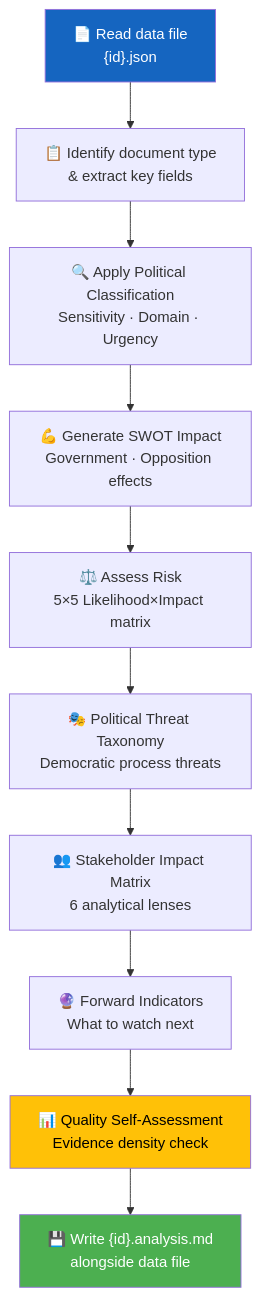
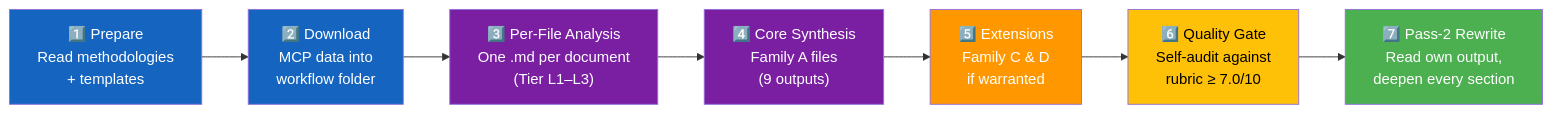
Before and after one commit to Hack23/riksdagsmonitor: the first of 4 diagrams in analysis/methodologies/ai-driven-analysis-guide.md, drawn with Mermaid. The commit also changed other lines of this file and 17 other files, not shown here.

First line of the commit message:
Extend analysis templates + simplify AI guide: Family A–E catalog, 14 new templates, positive-voice methodology README

````diff
--- a/analysis/methodologies/ai-driven-analysis-guide.md
+++ b/analysis/methodologies/ai-driven-analysis-guide.md
@@ -367,16 +37,17 @@
 ```mermaid
-flowchart TD
-    A["📄 Read data file<br/>{id}.json"] --> B["📋 Identify document type<br/>& extract key fields"]
-    B --> C["🔍 Apply Political Classification<br/>Sensitivity · Domain · Urgency"]
-    C --> D["💪 Generate SWOT Impact<br/>Government · Opposition effects"]
-    D --> E["⚖️ Assess Risk<br/>5×5 Likelihood×Impact matrix"]
-    E --> F["🎭 Political Threat Taxonomy<br/>Democratic process threats"]
-    F --> G["👥 Stakeholder Impact Matrix<br/>6 analytical lenses"]
-    G --> H["🔮 Forward Indicators<br/>What to watch next"]
-    H --> I["📊 Quality Self-Assessment<br/>Evidence density check"]
-    I --> J["💾 Write {id}.analysis.md<br/>alongside data file"]
-    
-    style A fill:#1565C0,color:#FFFFFF
-    style J fill:#4CAF50,color:#FFFFFF
-    style I fill:#FFC107,color:#000000
+flowchart LR
+    S1["1️⃣ Prepare<br/>Read methodologies<br/>+ templates"] --> S2["2️⃣ Download<br/>MCP data into<br/>workflow folder"]
+    S2 --> S3["3️⃣ Per-File Analysis<br/>One .md per document<br/>(Tier L1–L3)"]
+    S3 --> S4["4️⃣ Core Synthesis<br/>Family A files<br/>(9 outputs)"]
+    S4 --> S5["5️⃣ Extensions<br/>Family C & D<br/>if warranted"]
+    S5 --> S6["6️⃣ Quality Gate<br/>Self-audit against<br/>rubric ≥ 7.0/10"]
+    S6 --> S7["7️⃣ Pass-2 Rewrite<br/>Read own output,<br/>deepen every section"]
+
+    style S1 fill:#1565C0,color:#FFFFFF
+    style S2 fill:#1565C0,color:#FFFFFF
+    style S3 fill:#7B1FA2,color:#FFFFFF
+    style S4 fill:#7B1FA2,color:#FFFFFF
+    style S5 fill:#FF9800,color:#FFFFFF
+    style S6 fill:#FFC107,color:#000000
+    style S7 fill:#4CAF50,color:#FFFFFF
 ```
````
